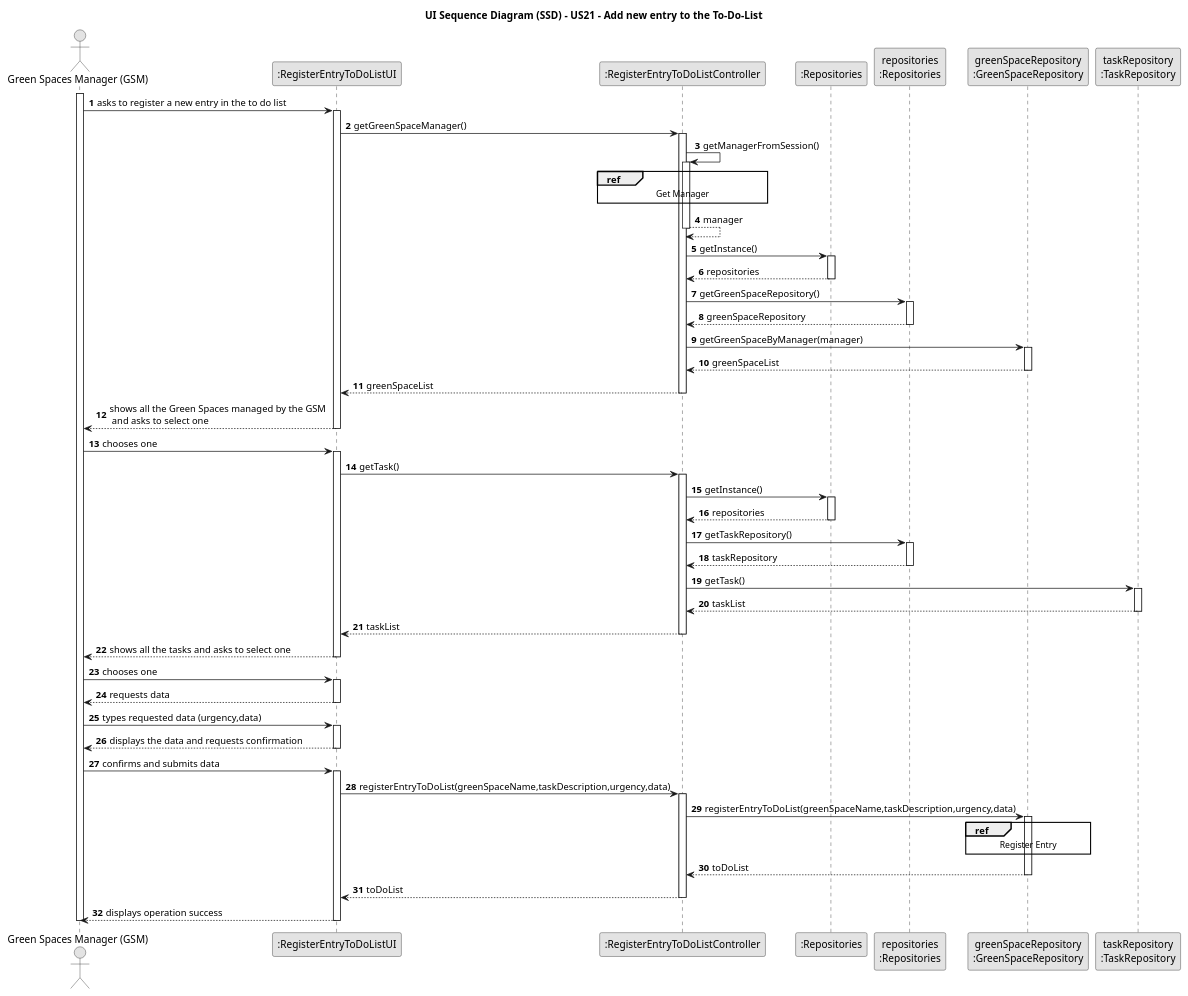
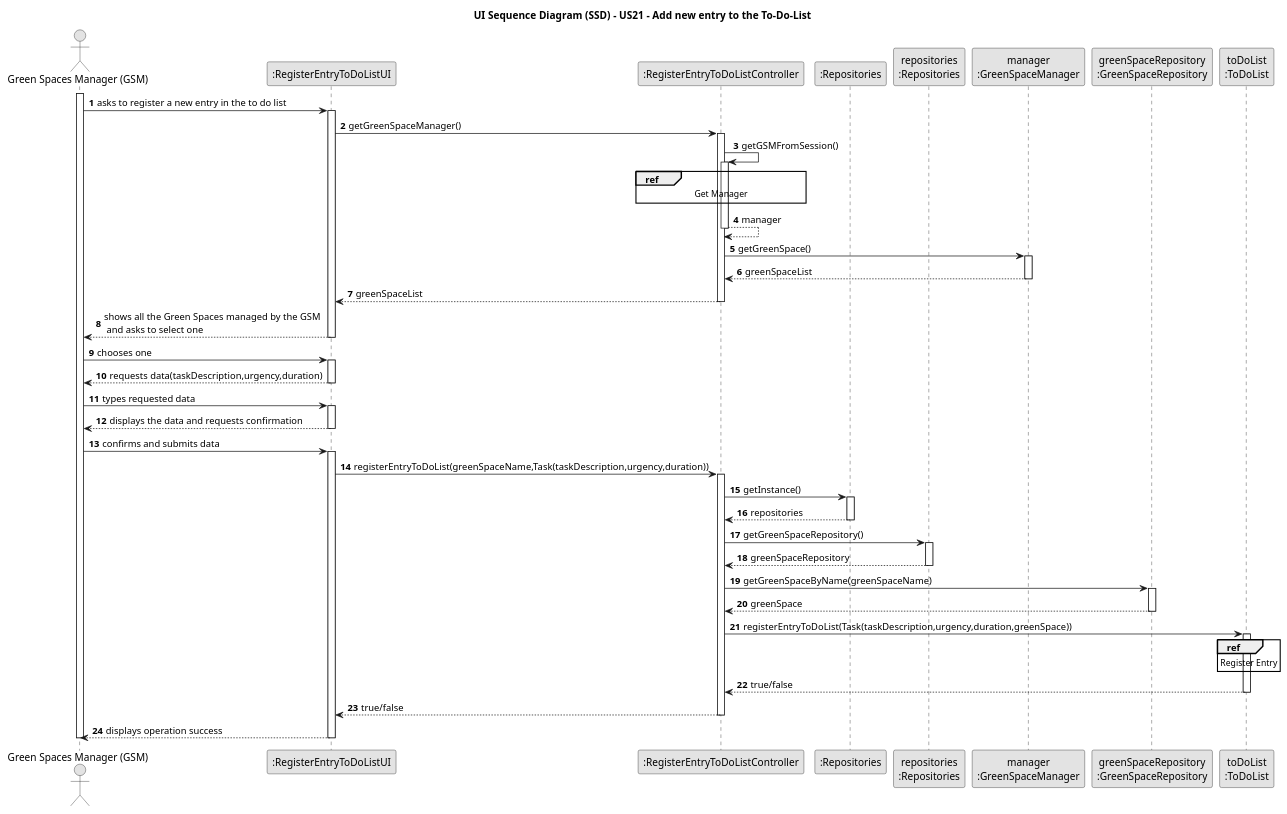
The diagram in docs/sprint3/us21/03.design/puml/us21-sequence-diagram.puml (Departamento-de-Engenharia-Informatica/lei-24-s2-1db-g022), drawn with PlantUML before and after one commit. The commit also changed 12 other files, not shown here.

```diff
--- a/docs/sprint3/us21/03.design/puml/us21-sequence-diagram.puml
+++ b/docs/sprint3/us21/03.design/puml/us21-sequence-diagram.puml
@@ -1,126 +1,104 @@
 @startuml
 skinparam monochrome true
 skinparam packageStyle rectangle
 skinparam shadowing false
 
 title UI Sequence Diagram (SSD) - US21 - Add new entry to the To-Do-List
 
 autonumber
 
 'hide footbox
 actor "Green Spaces Manager (GSM)" as GSM
 participant ":RegisterEntryToDoListUI" as UI
 participant ":RegisterEntryToDoListController" as CTRL
 participant ":Repositories" as RepositorySingleton
 participant "repositories\n:Repositories" as PLAT
+participant "manager\n:GreenSpaceManager" as GSMO
 participant "greenSpaceRepository\n:GreenSpaceRepository" as GSR
-participant "taskRepository\n:TaskRepository" as TR
+participant "toDoList\n:ToDoList" as TDL
 
 activate GSM
 
         GSM -> UI : asks to register a new entry in the to do list
     activate UI
 
         UI -> CTRL : getGreenSpaceManager()
     activate CTRL
 
-        CTRL -> CTRL : getManagerFromSession()
+        CTRL -> CTRL : getGSMFromSession()
     activate CTRL
 
         ref over CTRL
             Get Manager
         end ref
 
         CTRL --> CTRL : manager
     deactivate CTRL
 
-        CTRL -> RepositorySingleton : getInstance()
-    activate RepositorySingleton
 
-        RepositorySingleton --> CTRL : repositories
-    deactivate RepositorySingleton
+        CTRL -> GSMO : getGreenSpace()
+    activate GSMO
 
-        CTRL -> PLAT : getGreenSpaceRepository()
-    activate PLAT
-
-        PLAT --> CTRL: greenSpaceRepository
-    deactivate PLAT
-
-        CTRL -> GSR : getGreenSpaceByManager(manager)
-    activate GSR
-
-        GSR --> CTRL : greenSpaceList
-    deactivate GSR
+        GSMO --> CTRL : greenSpaceList
+    deactivate GSMO
 
         CTRL --> UI : greenSpaceList
     deactivate CTRL
 
         UI --> GSM : shows all the Green Spaces managed by the GSM \n and asks to select one
     deactivate UI
 
         GSM->UI: chooses one
     activate UI
 
-        UI -> CTRL : getTask()
-    activate CTRL
-
-        CTRL -> RepositorySingleton : getInstance()
-    activate RepositorySingleton
-
-        RepositorySingleton --> CTRL : repositories
-    deactivate RepositorySingleton
-
-        CTRL -> PLAT : getTaskRepository()
-    activate PLAT
-
-        PLAT --> CTRL: taskRepository
-    deactivate PLAT
-
-        CTRL -> TR : getTask()
-    activate TR
-
-        TR --> CTRL : taskList
-    deactivate TR
-
-        CTRL --> UI : taskList
-    deactivate CTRL
-
-        UI --> GSM : shows all the tasks and asks to select one
+        UI --> GSM : requests data(taskDescription,urgency,duration)
     deactivate UI
 
-        GSM -> UI : chooses one
-    activate UI
-
-        UI --> GSM : requests data
-    deactivate UI
-
-        GSM -> UI : types requested data (urgency,data)
+        GSM -> UI : types requested data
     activate UI
 
         UI --> GSM : displays the data and requests confirmation
     deactivate UI
 
         GSM -> UI : confirms and submits data
     activate UI
 
-        UI -> CTRL: registerEntryToDoList(greenSpaceName,taskDescription,urgency,data)
+        UI -> CTRL: registerEntryToDoList(greenSpaceName,Task(taskDescription,urgency,duration))
     activate CTRL
 
-        CTRL -> GSR : registerEntryToDoList(greenSpaceName,taskDescription,urgency,data)
+        CTRL -> RepositorySingleton : getInstance()
+    activate RepositorySingleton
+
+        RepositorySingleton --> CTRL: repositories
+    deactivate RepositorySingleton
+
+        CTRL -> PLAT: getGreenSpaceRepository()
+    activate PLAT
+
+        PLAT --> CTRL: greenSpaceRepository
+    deactivate PLAT
+
+        CTRL -> GSR : getGreenSpaceByName(greenSpaceName)
     activate GSR
 
-        ref over GSR
+        GSR --> CTRL : greenSpace
+    deactivate GSR
+
+        CTRL -> TDL : registerEntryToDoList(Task(taskDescription,urgency,duration,greenSpace))
+    activate TDL
+
+        ref over TDL
             Register Entry
         end
 
-        GSR --> CTRL : toDoList
-    deactivate GSR
+        TDL --> CTRL : true/false
+    deactivate TDL
 
-        CTRL --> UI : toDoList
+        CTRL --> UI : true/false
     deactivate CTRL
 
         UI --> GSM : displays operation success
     deactivate UI
 
 deactivate GSM
 @enduml
```
